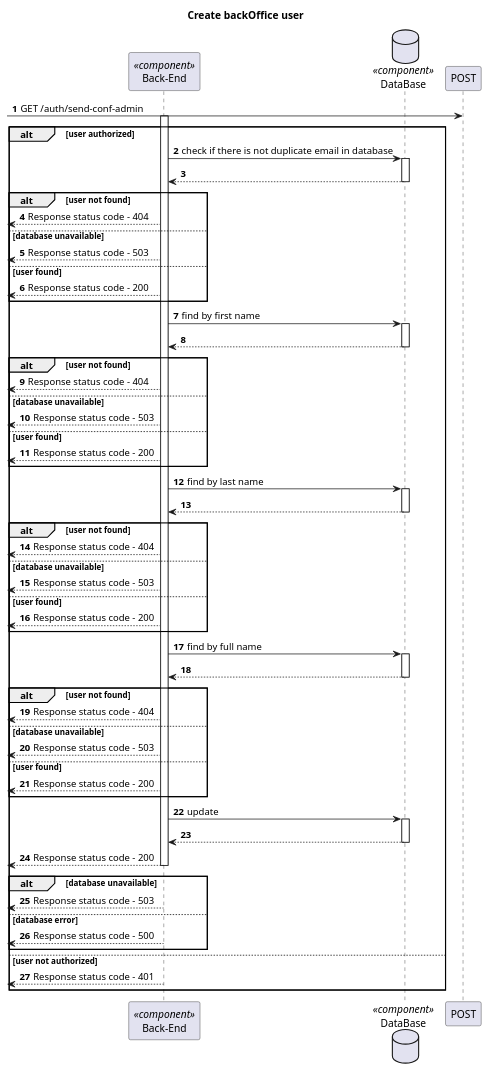
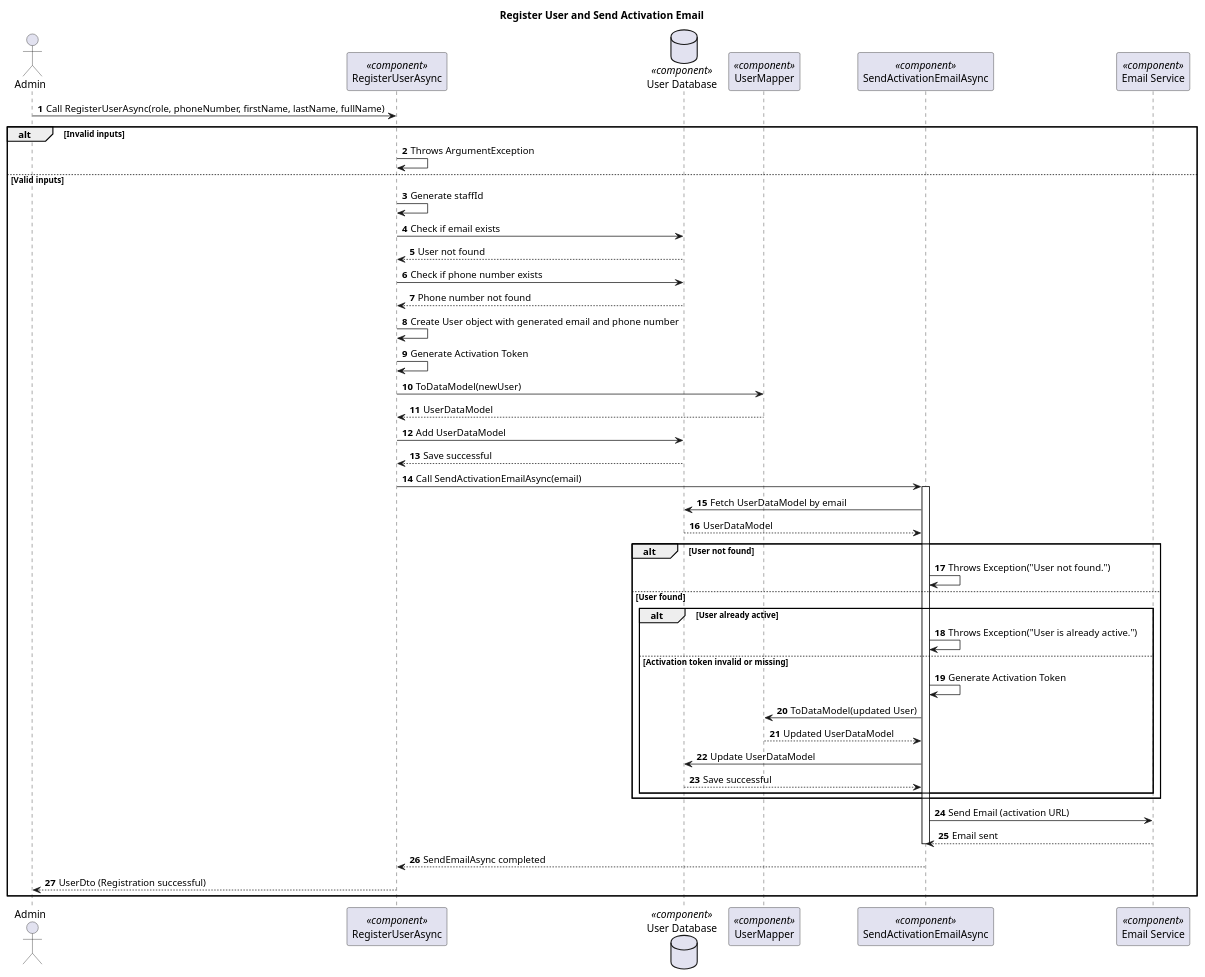
Before and after one commit to Ana6363/BackOffice: the diagram in docs/sprintA/global-artifacts/Level3/US 5.1.1/US 5.1.1.puml, drawn with PlantUML. The commit also changed other lines of this file and 14 other files, not shown here.

```diff
--- a/docs/sprintA/global-artifacts/Level3/US 5.1.1/US 5.1.1.puml
+++ b/docs/sprintA/global-artifacts/Level3/US 5.1.1/US 5.1.1.puml
@@ -1,133 +1,63 @@
-@startuml Process View - Level 3
-
+@startuml
 autonumber
 skinparam packageStyle rect
 
-title Create backOffice user
+title Register User and Send Activation Email
 
-participant "Back-End" as BE <<component>>
-database "DataBase" as DB <<component>>
+actor "Admin" as Admin
+participant "RegisterUserAsync" as RegisterUser <<component>>
+database "User Database" as DB <<component>>
+participant "UserMapper" as Mapper <<component>>
+participant "SendActivationEmailAsync" as SendEmail <<component>>
+participant "Email Service" as EmailService <<component>>
 
--> POST : GET /auth/send-conf-admin
+Admin -> RegisterUser : Call RegisterUserAsync(role, phoneNumber, firstName, lastName, fullName)
 
-alt user authorized
+alt Invalid inputs
+    RegisterUser -> RegisterUser : Throws ArgumentException
+else Valid inputs
+    RegisterUser -> RegisterUser : Generate staffId
+    RegisterUser -> DB : Check if email exists
+    DB --> RegisterUser : User not found
+    RegisterUser -> DB : Check if phone number exists
+    DB --> RegisterUser : Phone number not found
+    
+    RegisterUser -> RegisterUser : Create User object with generated email and phone number
+    RegisterUser -> RegisterUser : Generate Activation Token
+    
+    RegisterUser -> Mapper : ToDataModel(newUser)
+    Mapper --> RegisterUser : UserDataModel
 
-activate BE
+    RegisterUser -> DB : Add UserDataModel
+    DB --> RegisterUser : Save successful
+    
+    RegisterUser -> SendEmail : Call SendActivationEmailAsync(email)
 
-BE -> DB: check if there is not duplicate email in database
+    activate SendEmail
+    SendEmail -> DB : Fetch UserDataModel by email
+    DB --> SendEmail : UserDataModel
+    
+    alt User not found
+        SendEmail -> SendEmail : Throws Exception("User not found.")
+    else User found
+        alt User already active
+            SendEmail -> SendEmail : Throws Exception("User is already active.")
+        else Activation token invalid or missing
+            SendEmail -> SendEmail : Generate Activation Token
+            SendEmail -> Mapper : ToDataModel(updated User)
+            Mapper --> SendEmail : Updated UserDataModel
+            SendEmail -> DB : Update UserDataModel
+            DB --> SendEmail : Save successful
+        end
+    end
+    
+    SendEmail -> EmailService : Send Email (activation URL)
+    EmailService --> SendEmail : Email sent
+    deactivate SendEmail
+    
+    SendEmail --> RegisterUser : SendEmailAsync completed
 
-activate DB
-
-DB --> BE:
-
-deactivate DB
-
-alt user not found
-
-<-- BE: Response status code - 404
-
-else database unavailable
-
-<-- BE: Response status code - 503
-
-else user found
-
-<-- BE: Response status code - 200
-
-end
-
-BE -> DB: find by first name
-
-activate DB
-
-DB --> BE:
-
-deactivate DB
-
-alt user not found
-
-<-- BE: Response status code - 404
-
-else database unavailable
-
-<-- BE: Response status code - 503
-
-else user found
-
-<-- BE: Response status code - 200
-
-end
-
-BE -> DB: find by last name
-
-activate DB
-
-DB --> BE:
-
-deactivate DB
-
-alt user not found
-
-<-- BE: Response status code - 404
-
-else database unavailable
-
-<-- BE: Response status code - 503
-
-else user found
-
-<-- BE: Response status code - 200
-
-end
-
-BE -> DB: find by full name
-
-activate DB
-
-DB --> BE:
-
-deactivate DB
-
-alt user not found
-
-<-- BE: Response status code - 404
-
-else database unavailable
-
-<-- BE: Response status code - 503
-
-else user found
-
-<-- BE: Response status code - 200
-
-end
-
-BE -> DB: update
-
-activate DB
-
-DB --> BE:
-
-deactivate DB
-
-<-- BE: Response status code - 200
-
-deactivate BE
-
-alt database unavailable
-
-<-- BE: Response status code - 503
-
-else database error
-
-<-- BE: Response status code - 500
-
-end
-
-else user not authorized
-
-<-- BE: Response status code - 401
-
+    RegisterUser --> Admin : UserDto (Registration successful)
 end
 
 @enduml
```
